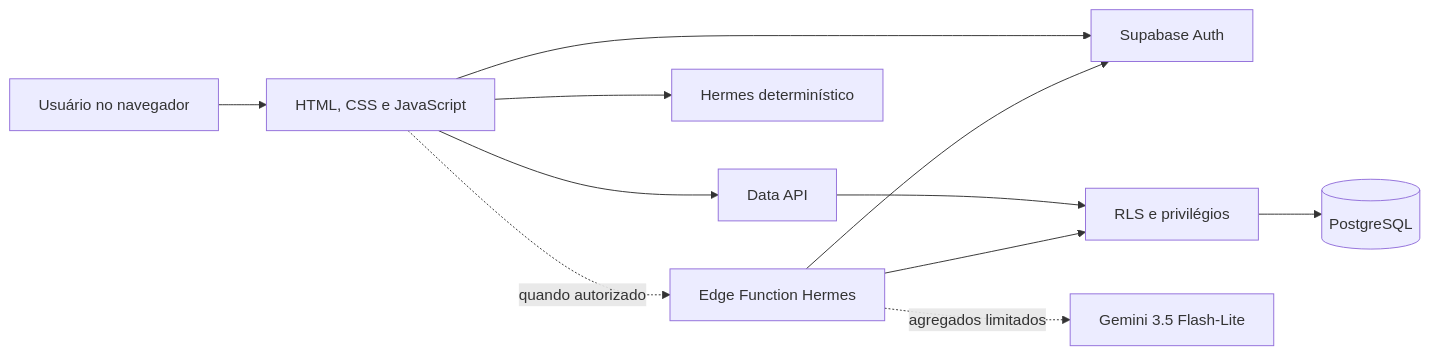
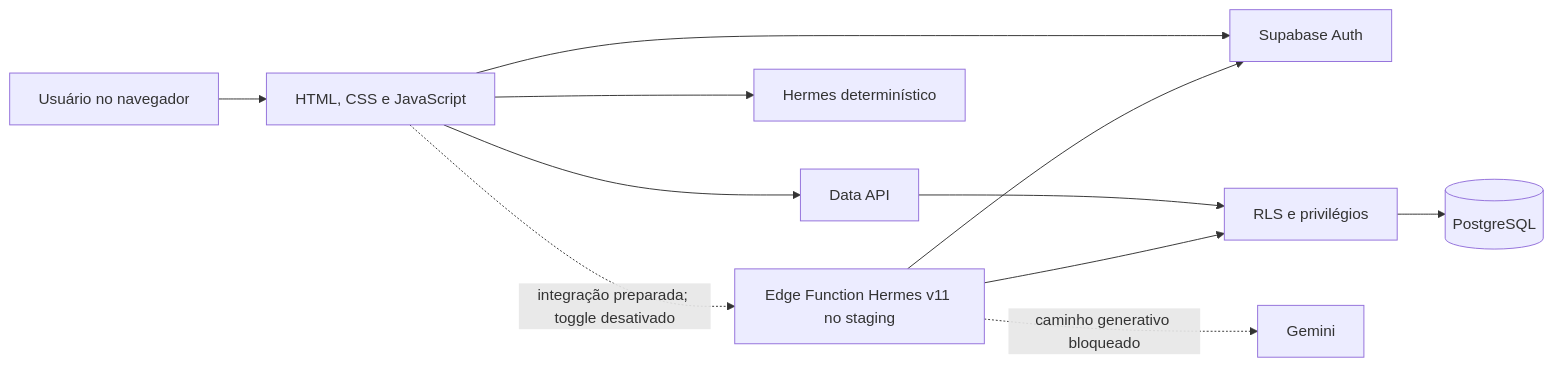
The diagram in projects/businessmind-ai/docs/ARCHITECTURE.md (guisoster060-cmyk/softplan-futures-ai-portfolio), drawn with Mermaid before and after one commit. The commit also changed other lines of this file and 3 other files, not shown here.

Commit message:
docs(businessmind): align Hermes staging status and test evidence

````diff
--- a/projects/businessmind-ai/docs/ARCHITECTURE.md
+++ b/projects/businessmind-ai/docs/ARCHITECTURE.md
@@ -7,13 +7,13 @@
 ```mermaid
 flowchart LR
     U[Usuário no navegador] --> F[HTML, CSS e JavaScript]
     F --> A[Supabase Auth]
     F --> D[Data API]
     D --> R[RLS e privilégios]
     R --> P[(PostgreSQL)]
     F --> H[Hermes determinístico]
-    F -. quando autorizado .-> E[Edge Function Hermes]
+    F -. integração preparada; toggle desativado .-> E[Edge Function Hermes v11 no staging]
     E --> A
     E --> R
-    E -. agregados limitados .-> G[Gemini 3.5 Flash-Lite]
+    E -. caminho generativo bloqueado .-> G[Gemini]
 ```
````
